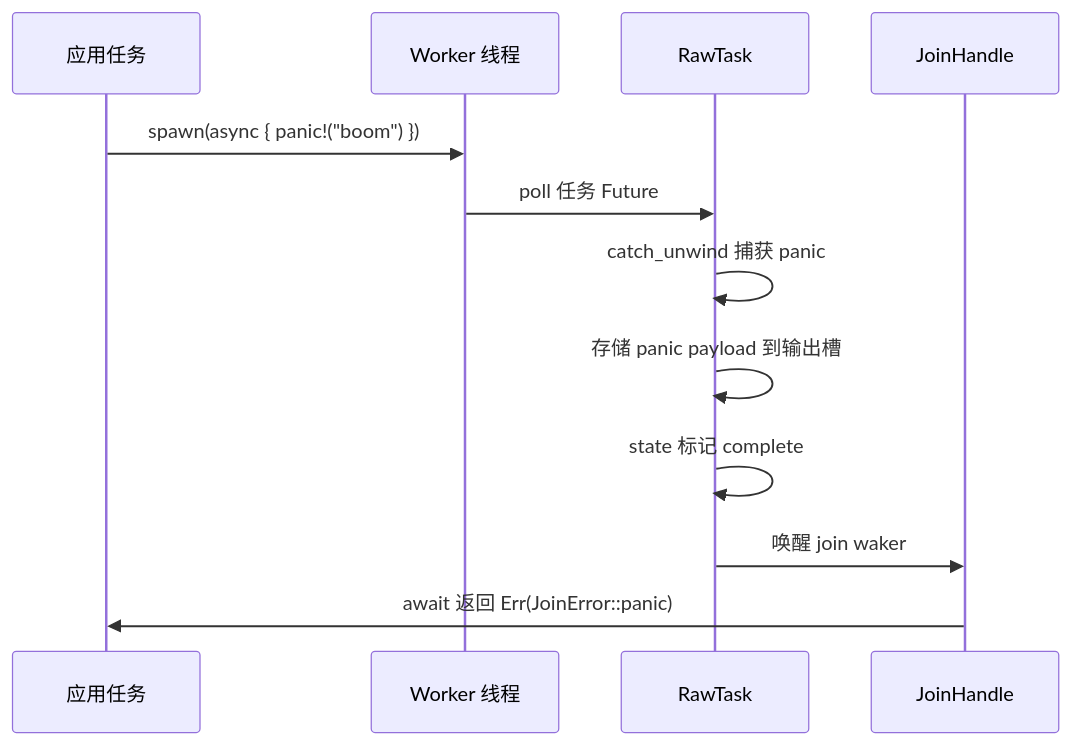
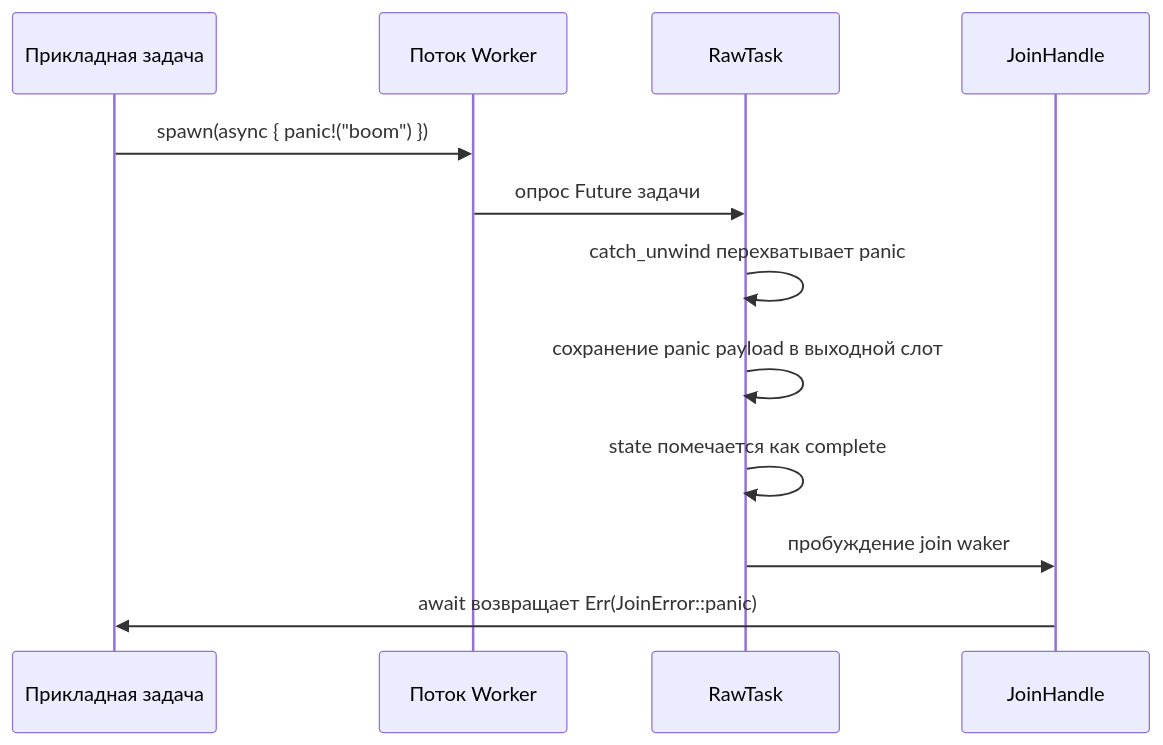
The first of 3 diagrams in books/tokio/ru/13-performance-tuning-and-pitfalls.md (maleRjc/AiReadCodeBooks), drawn with Mermaid before and after one commit. The commit also changed other lines of this file and 74 other files, not shown here.

````diff
--- a/books/tokio/ru/13-performance-tuning-and-pitfalls.md
+++ b/books/tokio/ru/13-performance-tuning-and-pitfalls.md
@@ -27,15 +27,15 @@
 ```mermaid
 sequenceDiagram
-    participant App as 应用任务
-    participant Worker as Worker 线程
+    participant App as Прикладная задача
+    participant Worker as Поток Worker
     participant Raw as RawTask
     participant JH as JoinHandle
 
     App->>Worker: spawn(async { panic!("boom") })
-    Worker->>Raw: poll 任务 Future
-    Raw->>Raw: catch_unwind 捕获 panic
-    Raw->>Raw: 存储 panic payload 到输出槽
-    Raw->>Raw: state 标记 complete
-    Raw->>JH: 唤醒 join waker
-    JH->>App: await 返回 Err(JoinError::panic)
+    Worker->>Raw: опрос Future задачи
+    Raw->>Raw: catch_unwind перехватывает panic
+    Raw->>Raw: сохранение panic payload в выходной слот
+    Raw->>Raw: state помечается как complete
+    Raw->>JH: пробуждение join waker
+    JH->>App: await возвращает Err(JoinError::panic)
 ```
````
